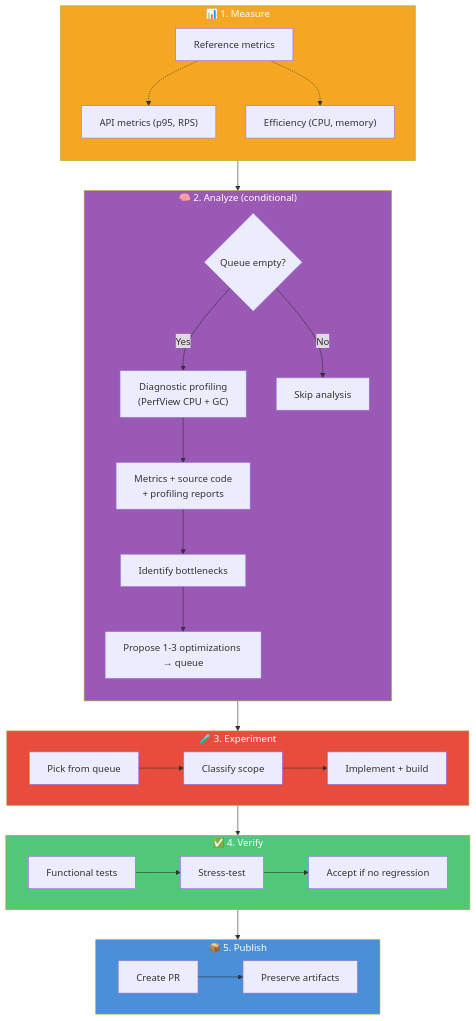
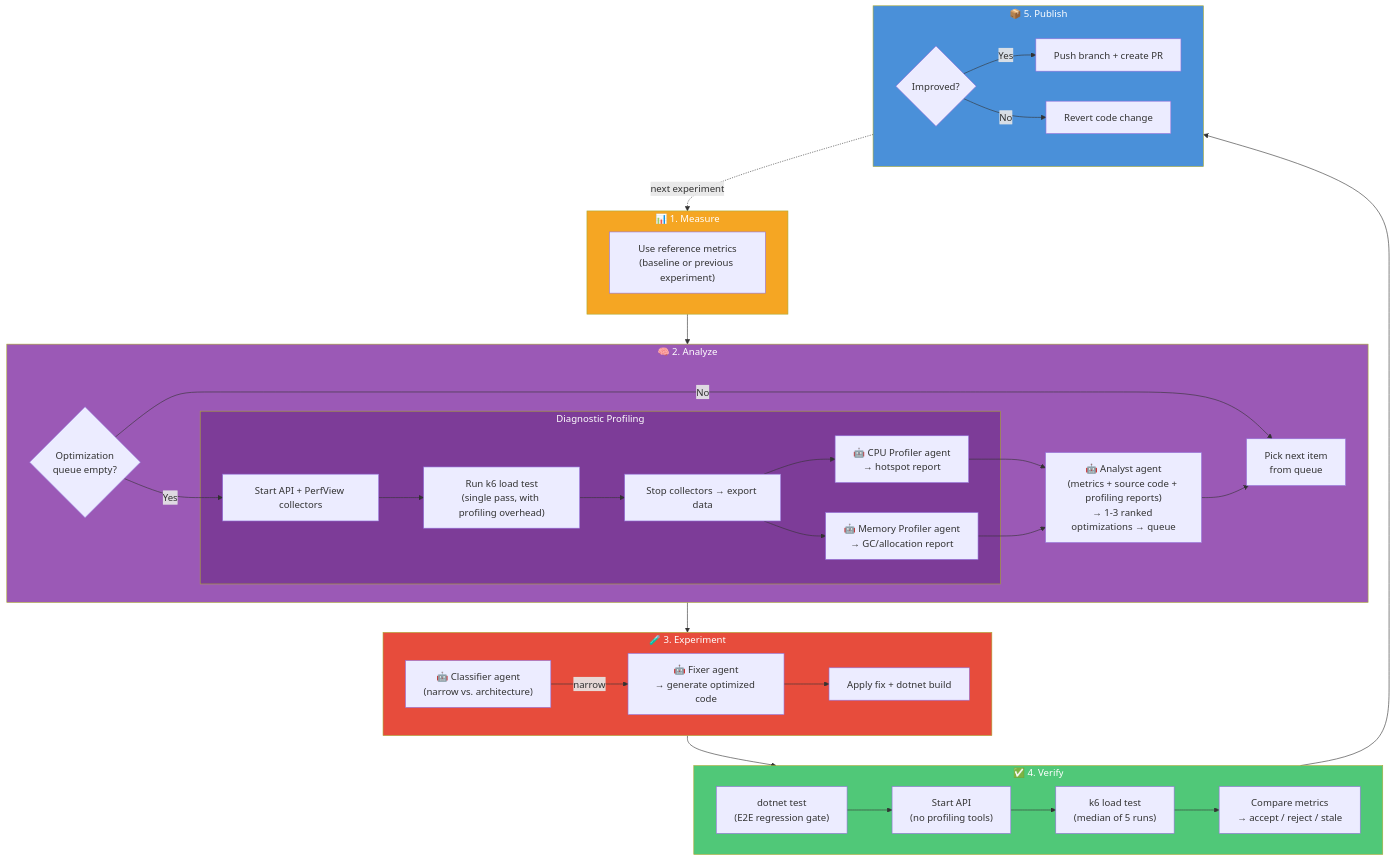
One commit to J-Bax/Hone changed the first of 2 diagrams in docs/architecture.md. Above: the diagram before and after it, drawn with Mermaid. The commit also changed other lines of this file, not shown here.

Commit message:
docs: redesign architecture diagram for clarity
Replace simplified Phase 2 box with detailed flowchart showing:
- Queue empty/non-empty branching
- Diagnostic profiling sub-graph (API + PerfView + k6 + export)
- CPU Profiler and Memory Profiler agents running in parallel
- Analyst agent receiving profiling reports
- All 5 agents visible with robot emoji labels

Add comparison table contrasting diagnostic vs evaluation measurement
(purpose, when, k6 runs, PerfView, overhead, usage).

Replace 'Dual-Phase Measurement' prose with step-by-step
'Diagnostic Measurement Details' pipeline description.

Show Verify phase internals (dotnet test  API start  k6 median-of-5
 compare) and Publish phase decision (improved  PR, else  revert).

````diff
--- a/docs/architecture.md
+++ b/docs/architecture.md
@@ -25,42 +25,54 @@
 ```mermaid
 flowchart TD
     subgraph MEASURE["📊 1. Measure"]
-        direction TB
-        M1["Reference metrics"]
-        M1 -.-> M2["API metrics (p95, RPS)"]
-        M1 -.-> M3["Efficiency (CPU, memory)"]
+        M1["Use reference metrics<br/>(baseline or previous experiment)"]
     end
 
-    subgraph ANALYZE["🧠 2. Analyze (conditional)"]
-        direction TB
-        A0{"Queue empty?"}
-        A0 -->|Yes| AD["Diagnostic profiling<br/>(PerfView CPU + GC)"]
-        AD --> A1["Metrics + source code<br/>+ profiling reports"]
-        A1 --> A2["Identify bottlenecks"]
-        A2 --> A3["Propose 1-3 optimizations → queue"]
-        A0 -->|No| A4["Skip analysis"]
+    subgraph ANALYZE["🧠 2. Analyze"]
+        AQ{"Optimization<br/>queue empty?"}
+        AQ -->|No| ASKIP["Pick next item<br/>from queue"]
+        AQ -->|Yes| ADIAG
+
+        subgraph DIAG["Diagnostic Profiling"]
+            ADIAG["Start API + PerfView collectors"]
+            ADIAG --> AK6["Run k6 load test<br/>(single pass, with profiling overhead)"]
+            AK6 --> ASTOP["Stop collectors → export data"]
+            ASTOP --> ACPU["🤖 CPU Profiler agent<br/>→ hotspot report"]
+            ASTOP --> AMEM["🤖 Memory Profiler agent<br/>→ GC/allocation report"]
+        end
+
+        ACPU --> AANALYST
+        AMEM --> AANALYST
+        AANALYST["🤖 Analyst agent<br/>(metrics + source code + profiling reports)<br/>→ 1-3 ranked optimizations → queue"]
+        AANALYST --> ASKIP
     end
 
     subgraph EXPERIMENT["🧪 3. Experiment"]
-        direction LR
-        E1["Pick from queue"] --> E2["Classify scope"] --> E3["Implement + build"]
+        E1["🤖 Classifier agent<br/>(narrow vs. architecture)"]
+        E1 -->|narrow| E2["🤖 Fixer agent<br/>→ generate optimized code"]
+        E2 --> E3["Apply fix + dotnet build"]
     end
 
     subgraph VERIFY["✅ 4. Verify"]
-        direction LR
-        V1["Functional tests"] --> V2["Stress-test"] --> V3["Accept if no regression"]
+        V1["dotnet test<br/>(E2E regression gate)"]
+        V1 --> V2["Start API<br/>(no profiling tools)"]
+        V2 --> V3["k6 load test<br/>(median of 5 runs)"]
+        V3 --> V4["Compare metrics<br/>→ accept / reject / stale"]
     end
 
     subgraph PUBLISH["📦 5. Publish"]
-        direction LR
-        P1["Create PR"] --> P2["Preserve artifacts"]
+        P1{"Improved?"}
+        P1 -->|Yes| P2["Push branch + create PR"]
+        P1 -->|No| P3["Revert code change"]
     end
 
     MEASURE --> ANALYZE --> EXPERIMENT --> VERIFY --> PUBLISH
+    PUBLISH -.->|"next experiment"| MEASURE
 
     style MEASURE fill:#f5a623,color:#fff
     style ANALYZE fill:#9b59b6,color:#fff
+    style DIAG fill:#7d3c98,color:#fff
     style EXPERIMENT fill:#e74c3c,color:#fff
     style VERIFY fill:#50c878,color:#fff
     style PUBLISH fill:#4a90d9,color:#fff
 ```
````
